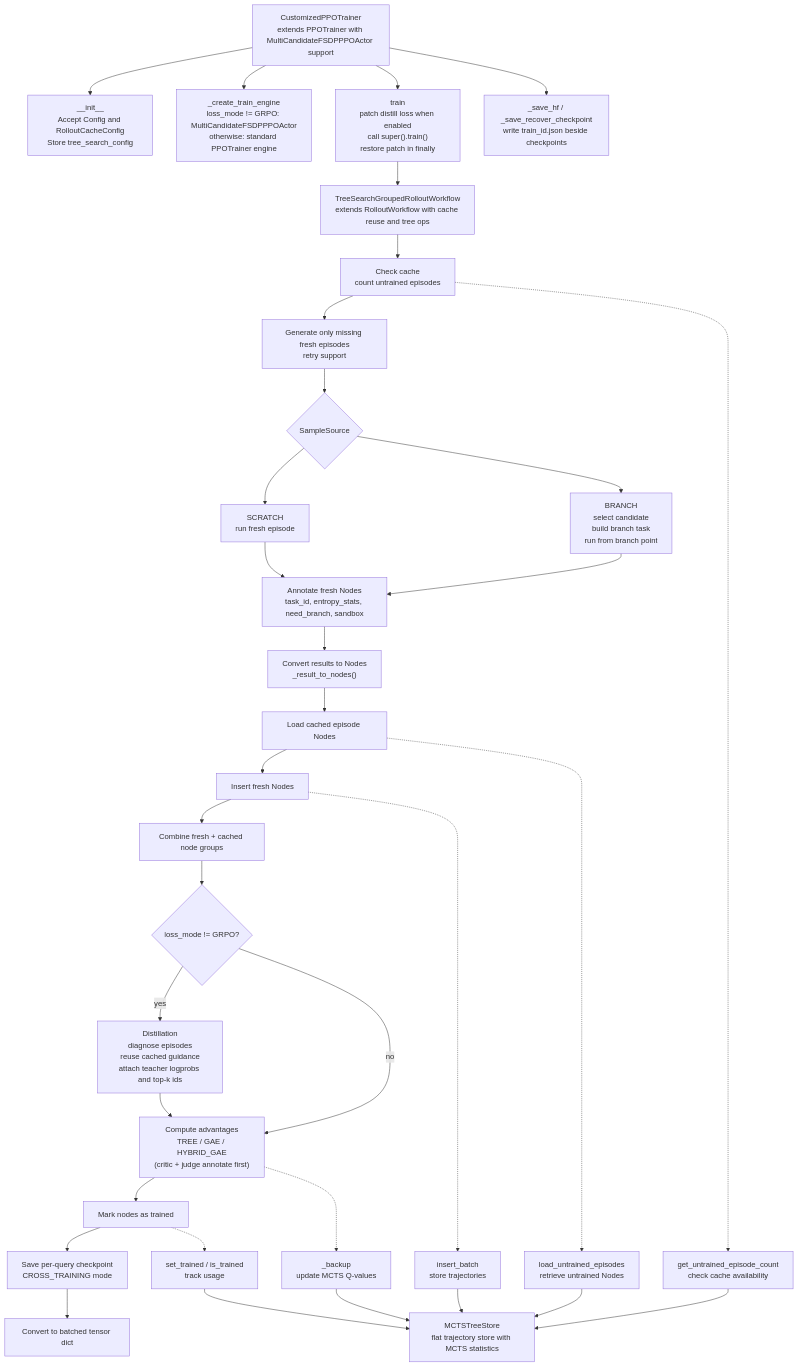
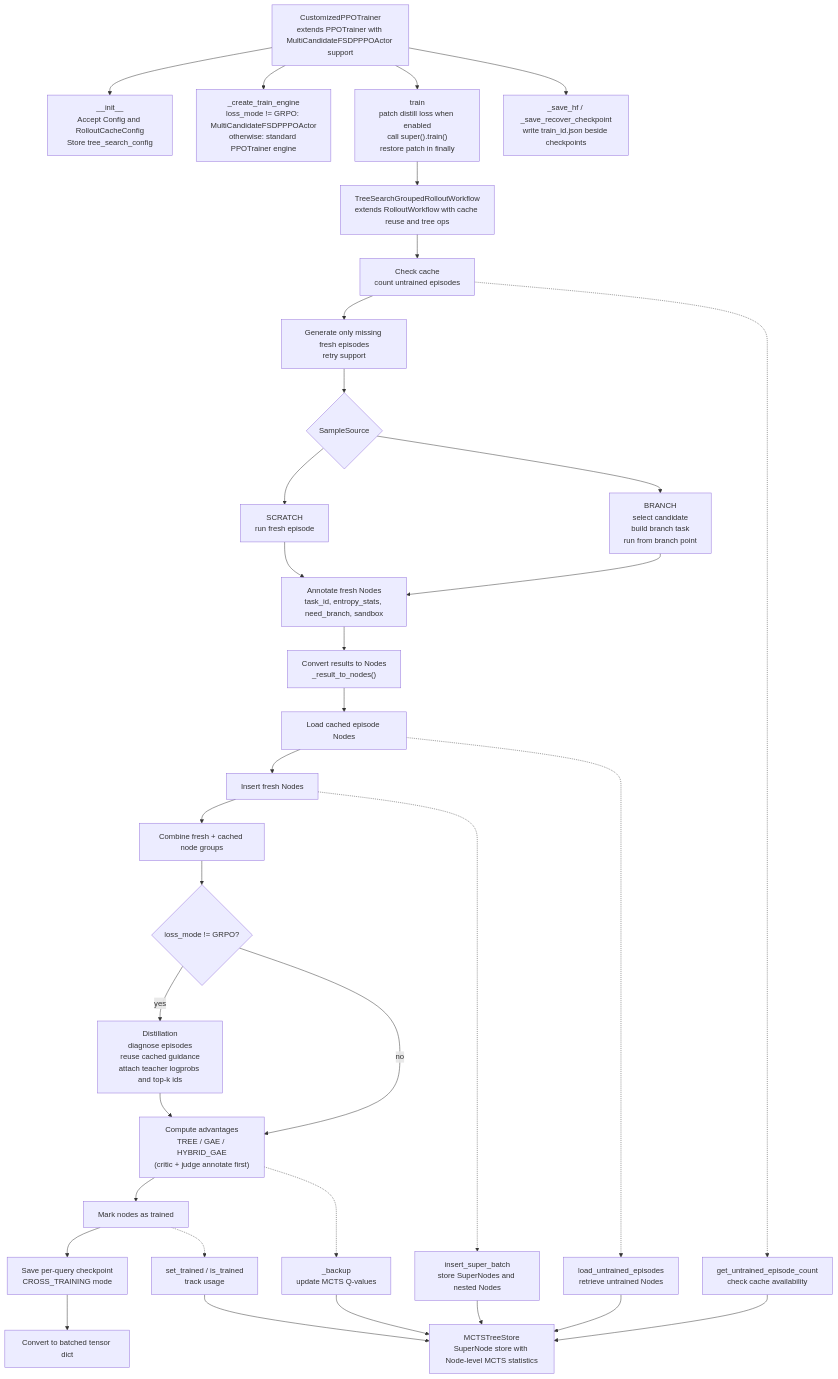
One commit to ketsuzhou/areal-ci changed the first of 11 diagrams in customized_areal/tree_search/README.md. Above: the diagram before and after it, drawn with Mermaid. The commit also changed other lines of this file and 52 other files, not shown here.

````diff
--- a/customized_areal/tree_search/README.md
+++ b/customized_areal/tree_search/README.md
@@ -28,60 +28,60 @@
 ```mermaid
 flowchart TD
     trainer["CustomizedPPOTrainer<br/>extends PPOTrainer with MultiCandidateFSDPPPOActor support"]
     trainer_init["__init__<br/>Accept Config and RolloutCacheConfig<br/>Store tree_search_config"]
     trainer_engine["_create_train_engine<br/>loss_mode != GRPO: MultiCandidateFSDPPPOActor<br/>otherwise: standard PPOTrainer engine"]
     trainer_train["train<br/>patch distill loss when enabled<br/>call super().train()<br/>restore patch in finally"]
     trainer_save["_save_hf / _save_recover_checkpoint<br/>write train_id.json beside checkpoints"]
 
     workflow["TreeSearchGroupedRolloutWorkflow<br/>extends RolloutWorkflow with cache reuse and tree ops"]
     cache["Check cache<br/>count untrained episodes"]
     fresh["Generate only missing fresh episodes<br/>retry support"]
     source{"SampleSource"}
     scratch["SCRATCH<br/>run fresh episode"]
     branch["BRANCH<br/>select candidate<br/>build branch task<br/>run from branch point"]
     annotate["Annotate fresh Nodes<br/>task_id, entropy_stats, need_branch, sandbox"]
     convert["Convert results to Nodes<br/>_result_to_nodes()"]
     load_cached["Load cached episode Nodes"]
     insert["Insert fresh Nodes"]
     combine["Combine fresh + cached node groups"]
     distill{"loss_mode != GRPO?"}
     distill_steps["Distillation<br/>diagnose episodes<br/>reuse cached guidance<br/>attach teacher logprobs and top-k ids"]
     advantage["Compute advantages<br/>TREE / GAE / HYBRID_GAE<br/>(critic + judge annotate first)"]
     mark["Mark nodes as trained"]
     save_query["Save per-query checkpoint<br/>CROSS_TRAINING mode"]
     tensor["Convert to batched tensor dict"]
 
-    store["MCTSTreeStore<br/>flat trajectory store with MCTS statistics"]
-    store_insert["insert_batch<br/>store trajectories"]
+    store["MCTSTreeStore<br/>SuperNode store with Node-level MCTS statistics"]
+    store_insert["insert_super_batch<br/>store SuperNodes and nested Nodes"]
     store_load["load_untrained_episodes<br/>retrieve untrained Nodes"]
     store_count["get_untrained_episode_count<br/>check cache availability"]
     store_trained["set_trained / is_trained<br/>track usage"]
     store_backup["_backup<br/>update MCTS Q-values"]
 
     trainer --> trainer_init
     trainer --> trainer_engine
     trainer --> trainer_train
     trainer --> trainer_save
     trainer_train --> workflow
 
     workflow --> cache --> fresh --> source
     source --> scratch
     source --> branch
     scratch --> annotate
     branch --> annotate
     annotate --> convert --> load_cached --> insert --> combine --> distill
     distill -- yes --> distill_steps --> advantage
     distill -- no --> advantage
     advantage --> mark --> save_query --> tensor
 
     cache -.-> store_count
     load_cached -.-> store_load
     insert -.-> store_insert
     mark -.-> store_trained
     advantage -.-> store_backup
     store_count --> store
     store_load --> store
     store_insert --> store
     store_trained --> store
     store_backup --> store
 ```
````
